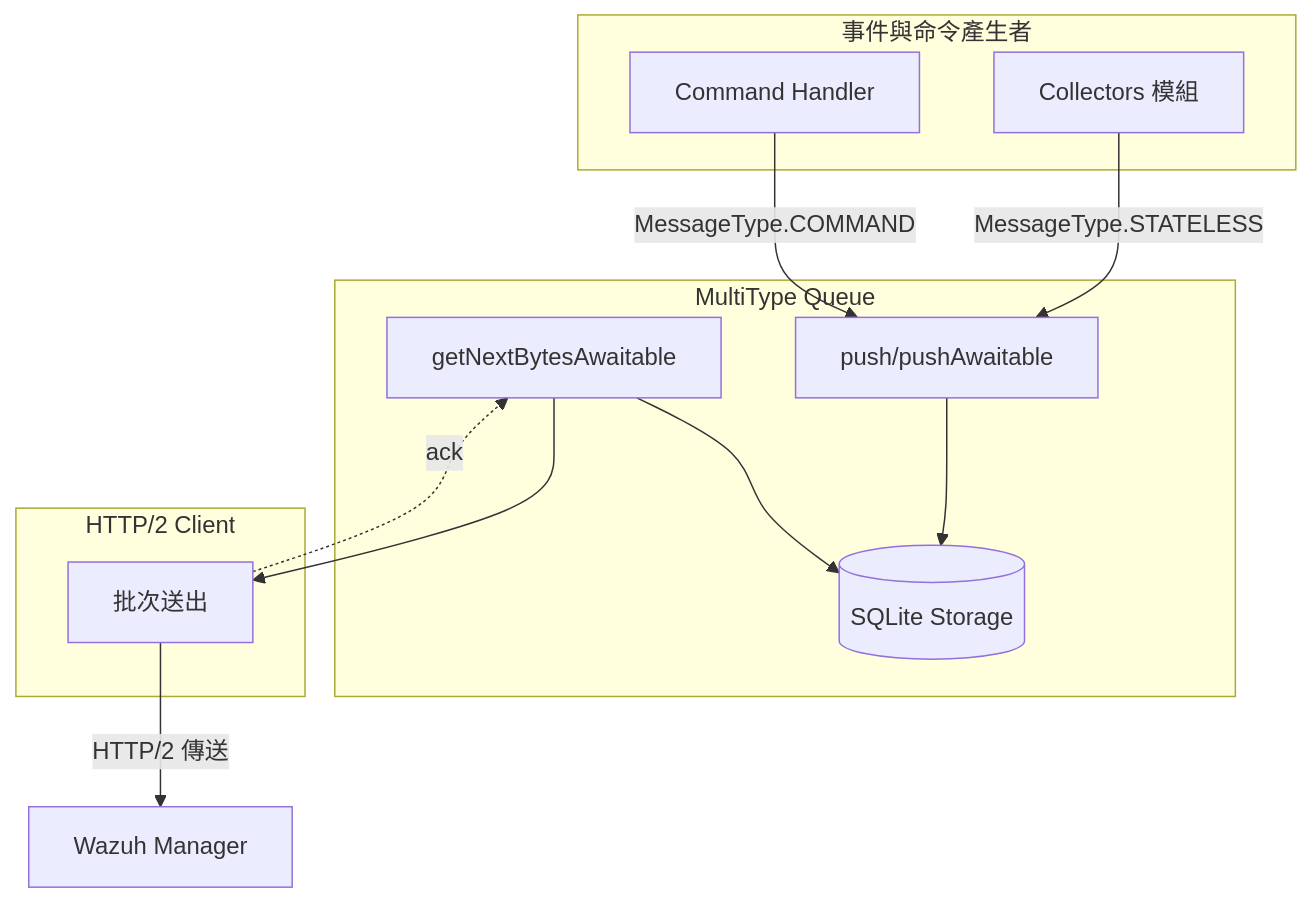
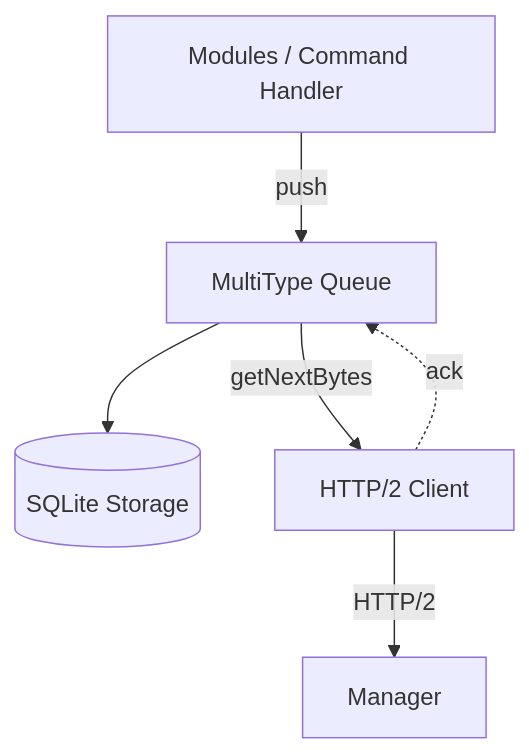
Before and after one commit to edhsu1984/wazuh-agent: the second of 3 diagrams in references/agent-core-core-components.md, drawn with Mermaid. The commit also changed other lines of this file and 3 other files, not shown here.

Commit message:
docs: refresh references for agent architecture

````diff
--- a/references/agent-core-core-components.md
+++ b/references/agent-core-core-components.md
@@ -82,23 +63,13 @@
 ```mermaid
-flowchart TD
-    subgraph Producers[事件與命令產生者]
-        Collectors[Collectors 模組]
-        CmdLoader[Command Handler]
-    end
-    subgraph QueueCore[MultiType Queue]
-        Push[push/pushAwaitable]
-        Storage[(SQLite Storage)]
-        Batch[getNextBytesAwaitable]
-    end
-    subgraph Client[HTTP/2 Client]
-        Sender[批次送出]
-    end
+graph TD
+    producer[Modules / Command Handler]
+    queue[MultiType Queue]
+    storage[(SQLite Storage)]
+    client[HTTP/2 Client]
 
-    Collectors -->|MessageType.STATELESS| Push
-    CmdLoader -->|MessageType.COMMAND| Push
-    Push --> Storage
-    Batch --> Storage
-    Batch --> Sender
-    Sender -->|HTTP/2 傳送| Manager[Wazuh Manager]
-    Sender -.ack.-> Batch
+    producer -->|push| queue
+    queue --> storage
+    queue -->|getNextBytes| client
+    client -->|HTTP/2| Manager
+    client -.ack.-> queue
 ```
````
